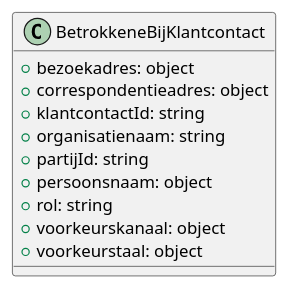
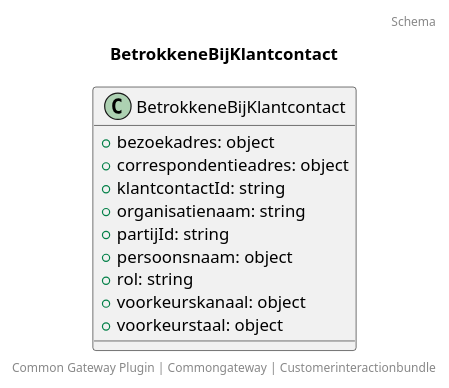
Before and after one commit to CommonGateway/CustomerInteractionBundle: the diagram in docs/schema/klant.betrokkeneBijKlantcontact.puml, drawn with PlantUML. The commit also changed 41 other files, not shown here.

```diff
--- a/docs/schema/klant.betrokkeneBijKlantcontact.puml
+++ b/docs/schema/klant.betrokkeneBijKlantcontact.puml
@@ -1,13 +1,17 @@
 @startuml
+title: BetrokkeneBijKlantcontact
+footer: Common Gateway Plugin | Commongateway | Customerinteractionbundle 
+header: Schema
+
 class BetrokkeneBijKlantcontact {
   + bezoekadres: object
   + correspondentieadres: object
   + klantcontactId: string
   + organisatienaam: string
   + partijId: string
   + persoonsnaam: object
   + rol: string
   + voorkeurskanaal: object
   + voorkeurstaal: object
 }
 @enduml
```
